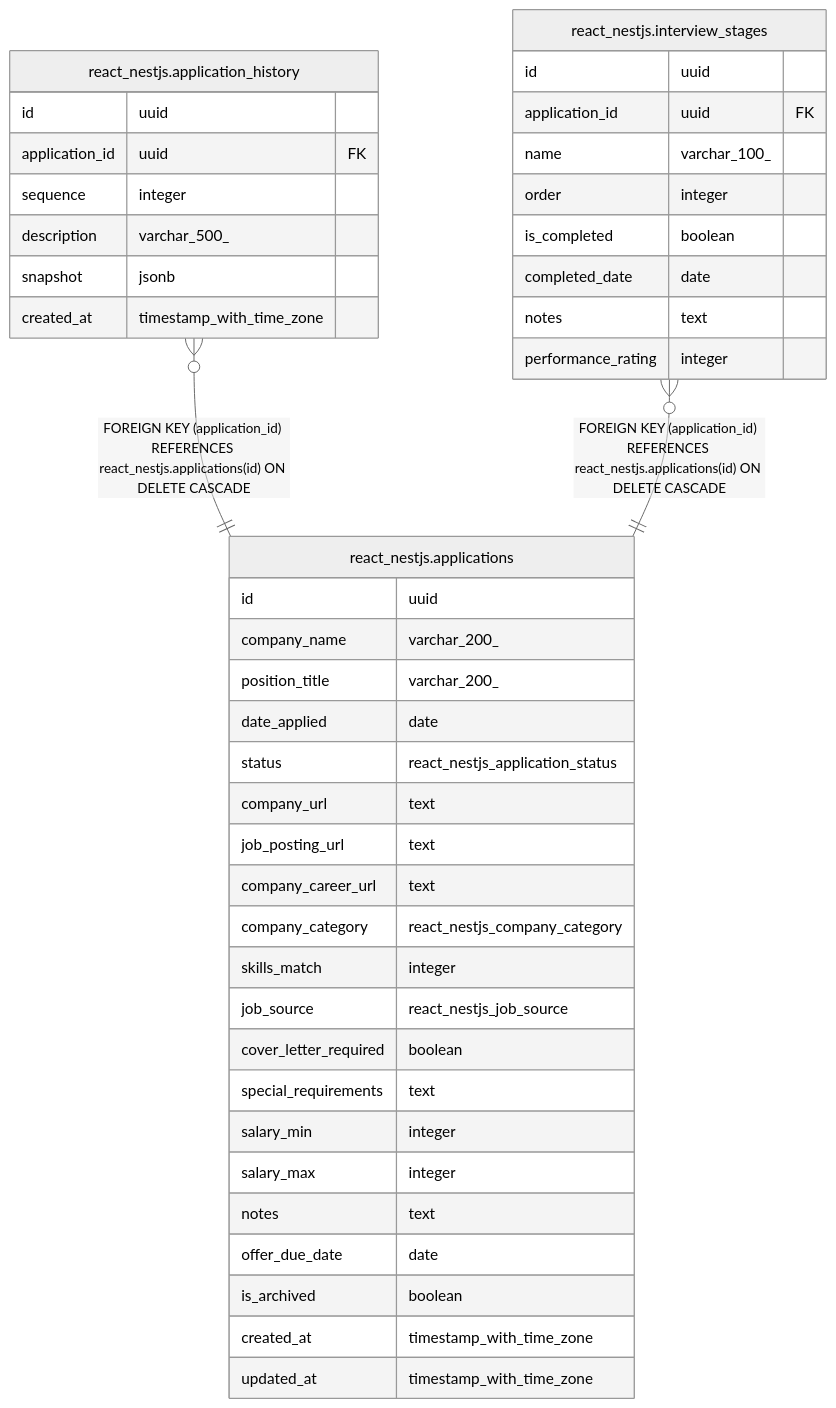
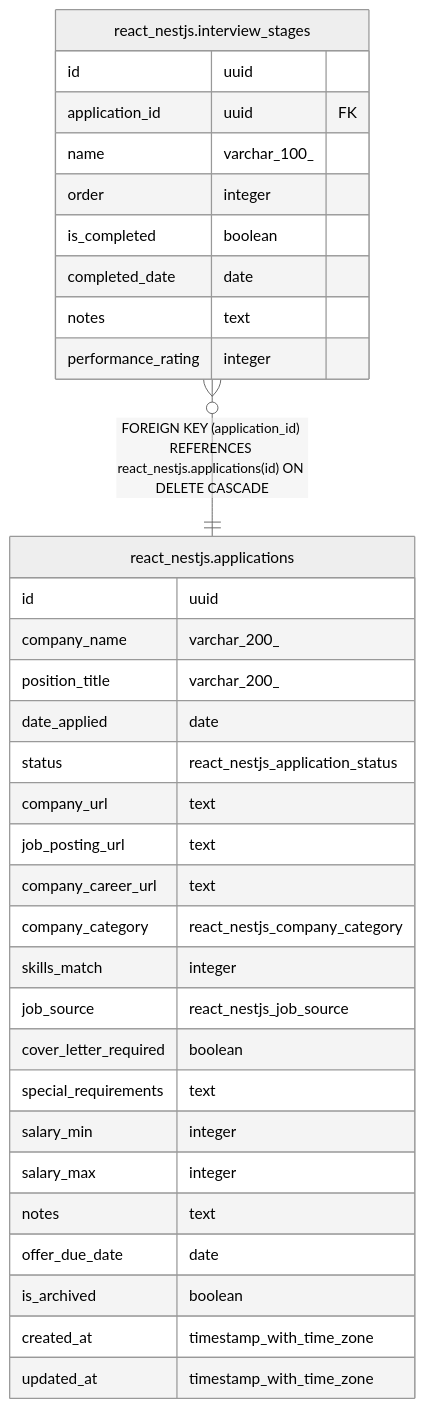
Before and after one commit to WhatIfWeDigDeeper/application-tracker: the diagram in docs/schema/react-nestjs/README.md, drawn with Mermaid (neutral theme). The commit also changed other lines of this file and 66 other files, not shown here.

````diff
--- a/docs/schema/react-nestjs/README.md
+++ b/docs/schema/react-nestjs/README.md
@@ -36,47 +35,38 @@
 ```mermaid
 erDiagram
 
-"react_nestjs.application_history" }o--|| "react_nestjs.applications" : "FOREIGN KEY (application_id) REFERENCES react_nestjs.applications(id) ON DELETE CASCADE"
 "react_nestjs.interview_stages" }o--|| "react_nestjs.applications" : "FOREIGN KEY (application_id) REFERENCES react_nestjs.applications(id) ON DELETE CASCADE"
 
-"react_nestjs.application_history" {
-  id uuid
-  application_id uuid FK
-  sequence integer
-  description varchar_500_
-  snapshot jsonb
-  created_at timestamp_with_time_zone
-}
 "react_nestjs.applications" {
   id uuid
   company_name varchar_200_
   position_title varchar_200_
   date_applied date
   status react_nestjs_application_status
   company_url text
   job_posting_url text
   company_career_url text
   company_category react_nestjs_company_category
   skills_match integer
   job_source react_nestjs_job_source
   cover_letter_required boolean
   special_requirements text
   salary_min integer
   salary_max integer
   notes text
   offer_due_date date
   is_archived boolean
   created_at timestamp_with_time_zone
   updated_at timestamp_with_time_zone
 }
 "react_nestjs.interview_stages" {
   id uuid
   application_id uuid FK
   name varchar_100_
   order integer
   is_completed boolean
   completed_date date
   notes text
   performance_rating integer
 }
 ```
````
